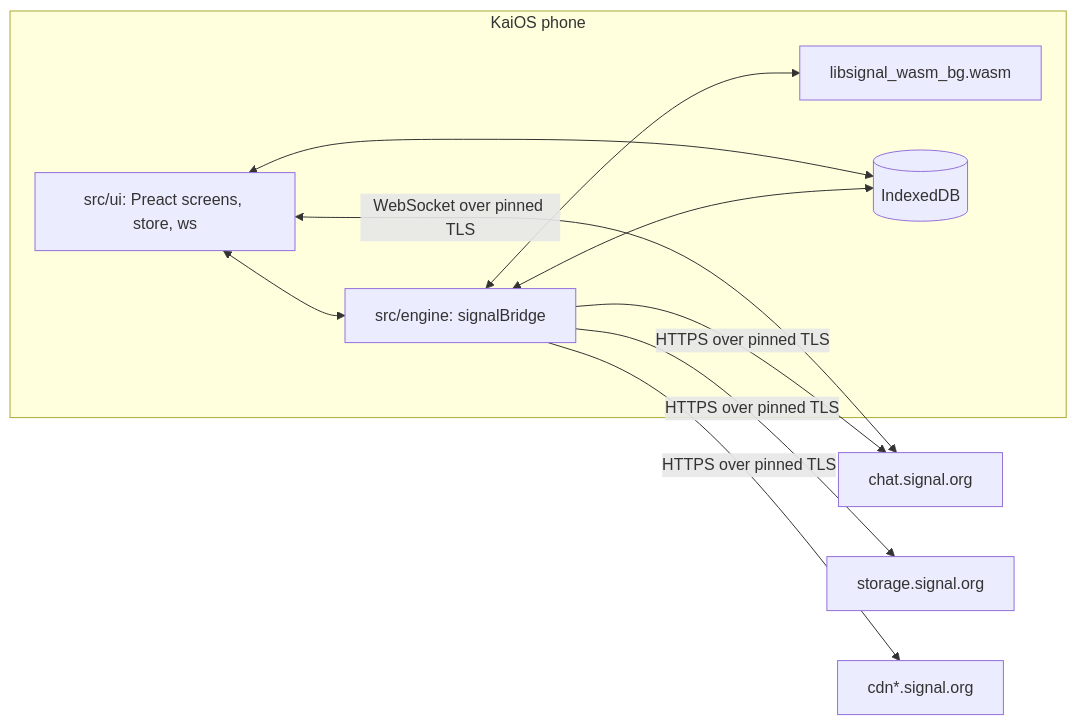
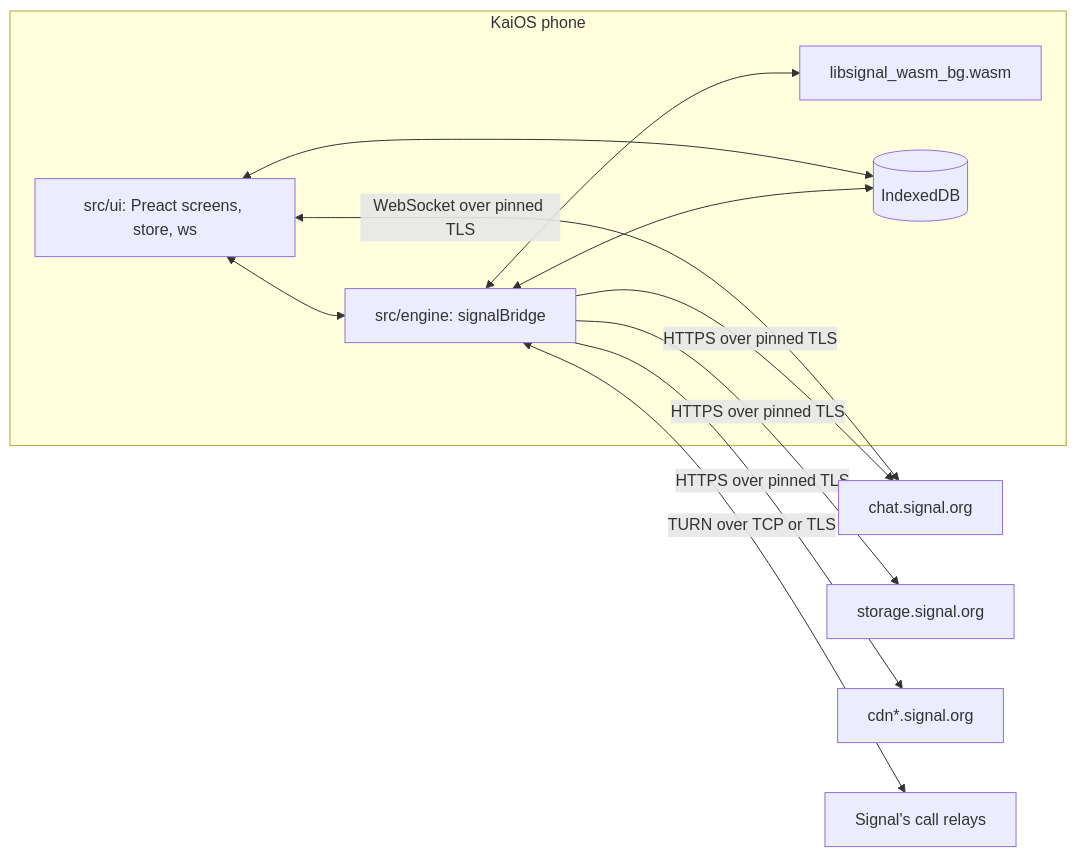
Before and after one commit to ambercaravalho/signal4kaios: the first of 8 diagrams in docs/architecture.md, drawn with Mermaid. The commit also changed other lines of this file and 65 other files, not shown here.

````diff
--- a/docs/architecture.md
+++ b/docs/architecture.md
@@ -24,20 +25,22 @@
 ```mermaid
 flowchart LR
   subgraph phone [KaiOS phone]
     ui["src/ui: Preact screens, store, ws"]
     engine["src/engine: signalBridge"]
     wasm["libsignal_wasm_bg.wasm"]
     idb[(IndexedDB)]
     ui <--> engine
     engine <--> wasm
     ui <--> idb
     engine <--> idb
   end
   chat["chat.signal.org"]
   storage["storage.signal.org"]
   cdn["cdn*.signal.org"]
+  relay["Signal's call relays"]
   ui <-->|"WebSocket over pinned TLS"| chat
   engine -->|"HTTPS over pinned TLS"| chat
   engine -->|"HTTPS over pinned TLS"| storage
   engine -->|"HTTPS over pinned TLS"| cdn
+  engine <-->|"TURN over TCP or TLS"| relay
 ```
````
